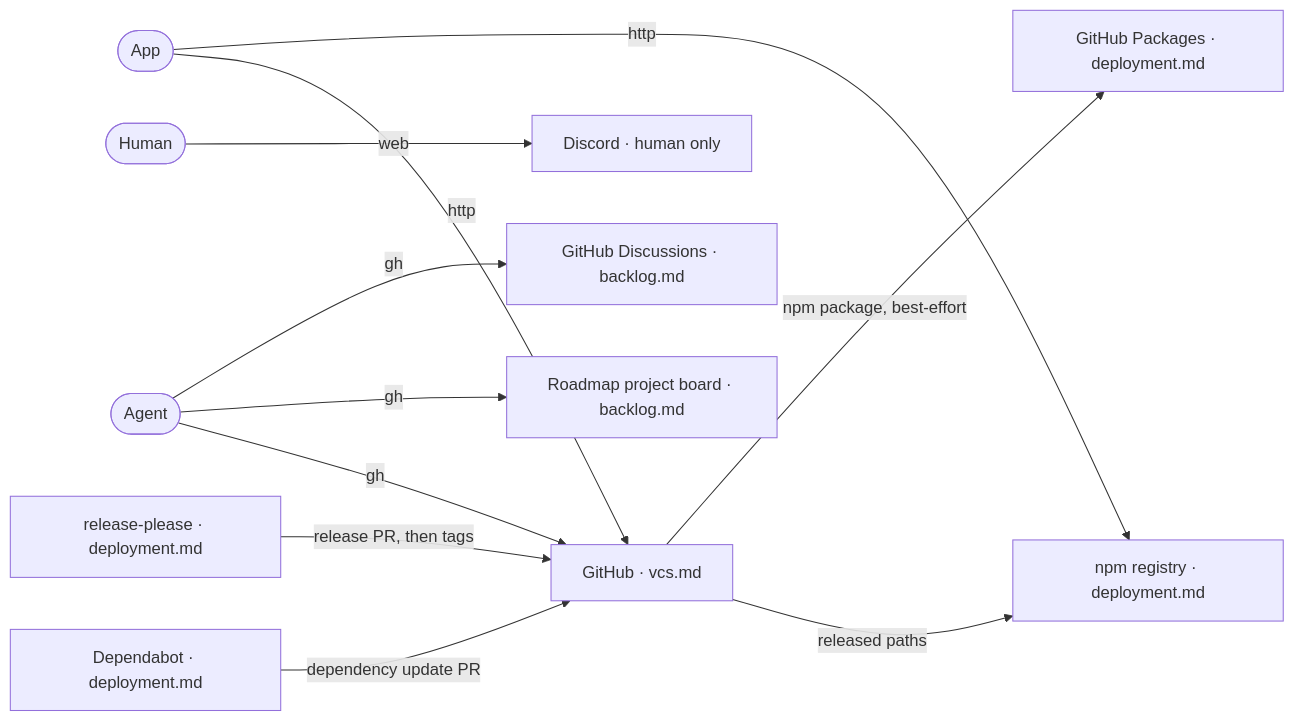
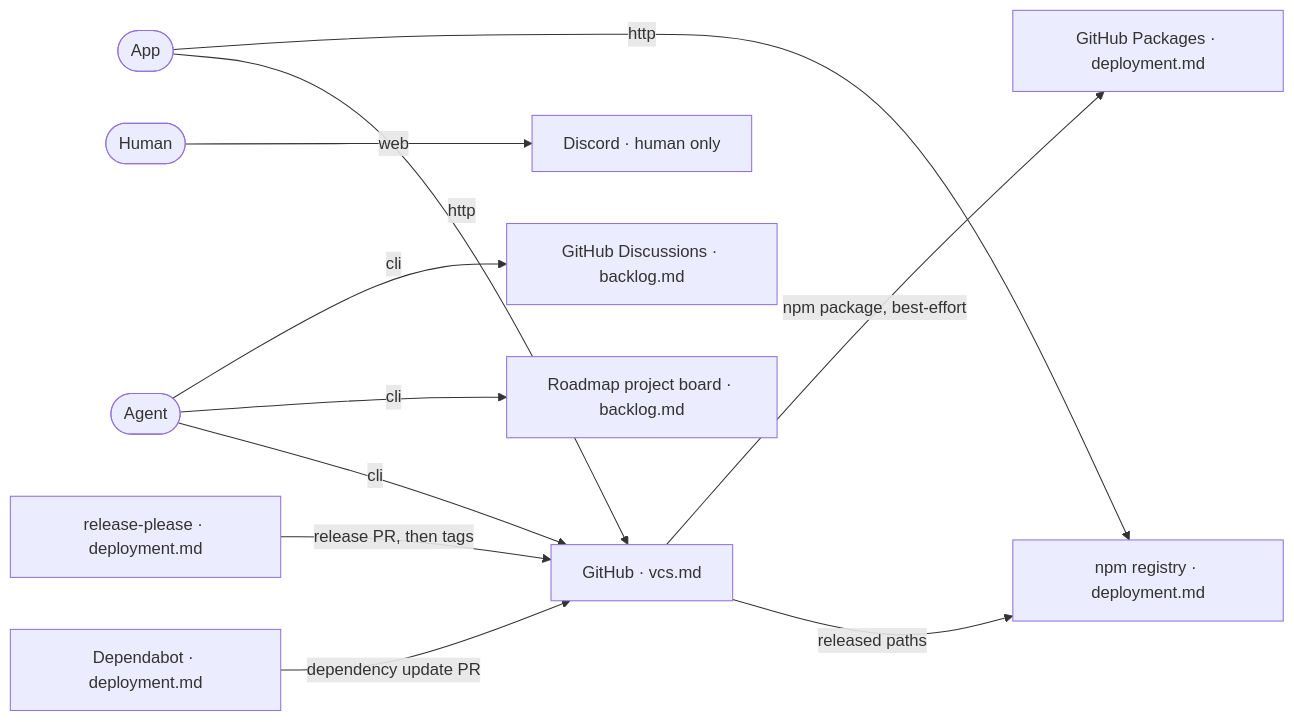
Before and after one commit to ai-driven-dev/framework: the diagram in aidd_docs/memory/ecosystem.md, drawn with Mermaid. The commit also changed 6 other files, not shown here.

````diff
--- a/aidd_docs/memory/ecosystem.md
+++ b/aidd_docs/memory/ecosystem.md
@@ -3,26 +3,26 @@
 ```mermaid
 flowchart LR
   Human([Human])
   Agent([Agent])
   App([App])
   GitHub["GitHub · vcs.md"]
   Board["Roadmap project board · backlog.md"]
   Discussions["GitHub Discussions · backlog.md"]
   Npm["npm registry · deployment.md"]
   Packages["GitHub Packages · deployment.md"]
   Discord["Discord · human only"]
   ReleasePlease["release-please · deployment.md"]
   Dependabot["Dependabot · deployment.md"]
 
   Human -- web --> Discord
-  Agent -- gh --> GitHub
-  Agent -- gh --> Board
-  Agent -- gh --> Discussions
+  Agent -- cli --> GitHub
+  Agent -- cli --> Board
+  Agent -- cli --> Discussions
   App -- http --> GitHub
   App -- http --> Npm
 
   Dependabot -- "dependency update PR" --> GitHub
   ReleasePlease -- "release PR, then tags" --> GitHub
   GitHub -- "released paths" --> Npm
   GitHub -- "npm package, best-effort" --> Packages
 ```
````
